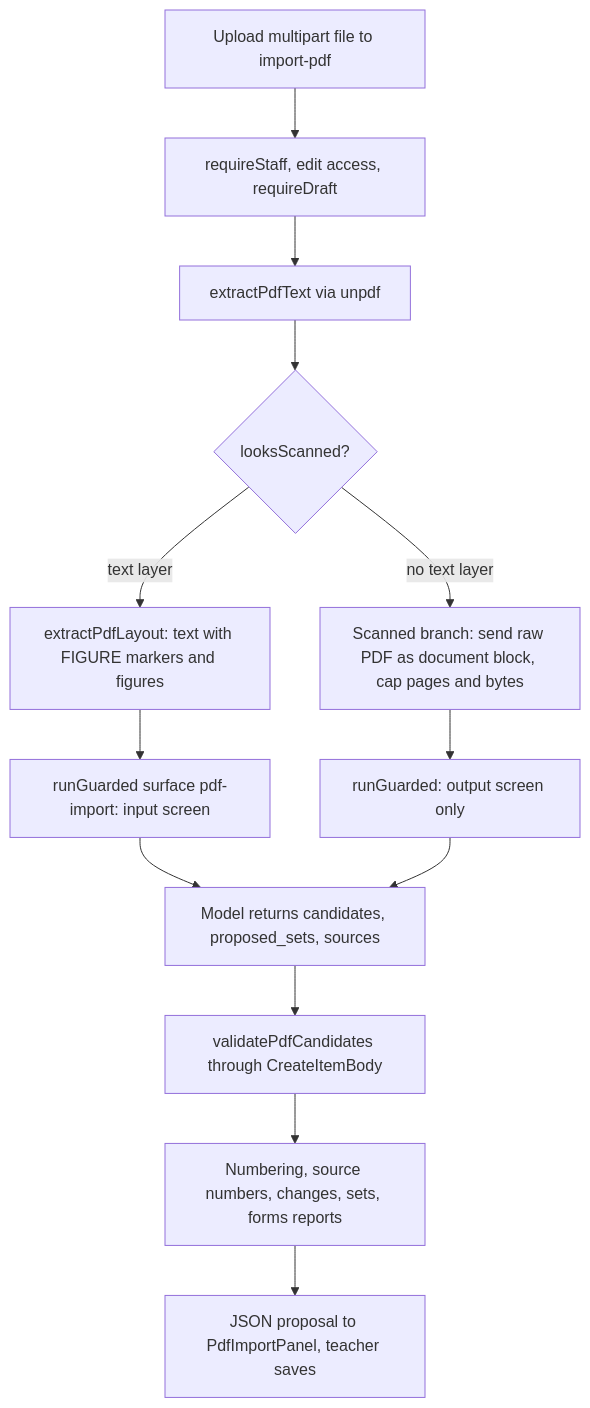
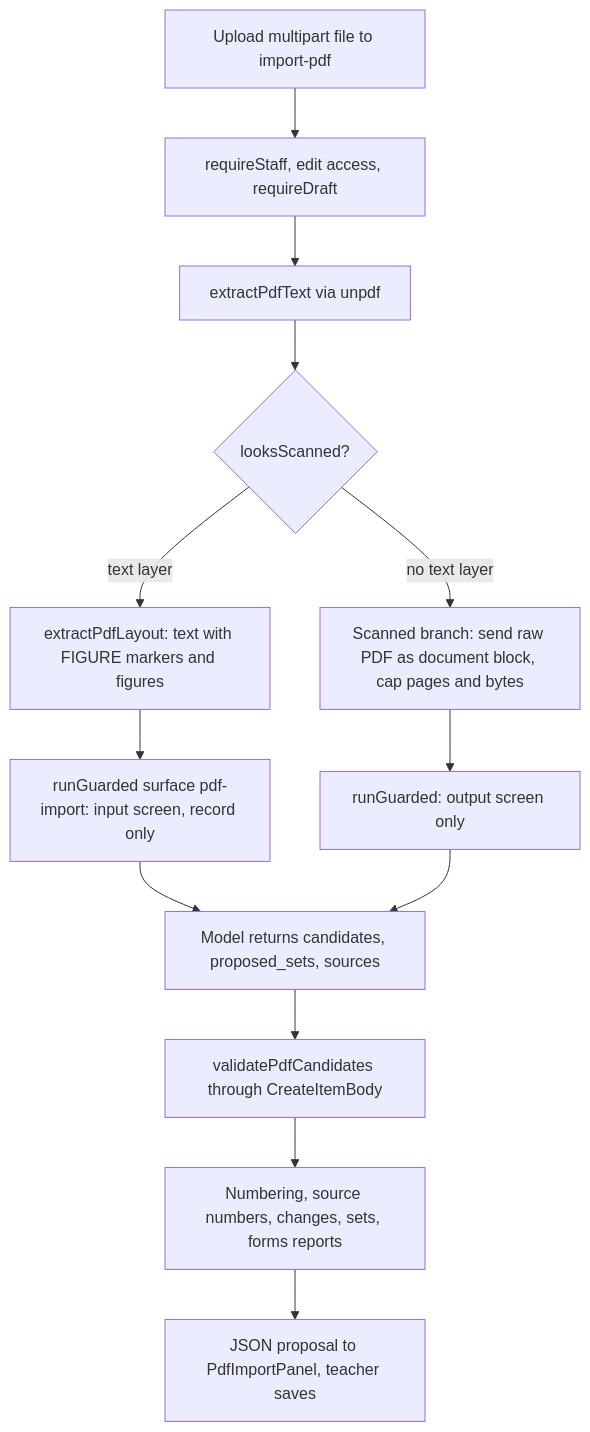
Before and after one commit to psd401/secure-test: the diagram in openwiki/design-tool/pdf-import.md, drawn with Mermaid. The commit also changed other lines of this file and 4 other files, not shown here.

````diff
--- a/openwiki/design-tool/pdf-import.md
+++ b/openwiki/design-tool/pdf-import.md
@@ -40,15 +41,15 @@
 ```mermaid
 flowchart TD
     A["Upload multipart file to import-pdf"] --> B["requireStaff, edit access, requireDraft"]
     B --> C["extractPdfText via unpdf"]
     C --> D{"looksScanned?"}
     D -- "no text layer" --> E["Scanned branch: send raw PDF as document block, cap pages and bytes"]
     D -- "text layer" --> F["extractPdfLayout: text with FIGURE markers and figures"]
-    F --> G["runGuarded surface pdf-import: input screen"]
+    F --> G["runGuarded surface pdf-import: input screen, record only"]
     E --> H["runGuarded: output screen only"]
     G --> I["Model returns candidates, proposed_sets, sources"]
     H --> I
     I --> J["validatePdfCandidates through CreateItemBody"]
     J --> K["Numbering, source numbers, changes, sets, forms reports"]
     K --> L["JSON proposal to PdfImportPanel, teacher saves"]
 ```
````
